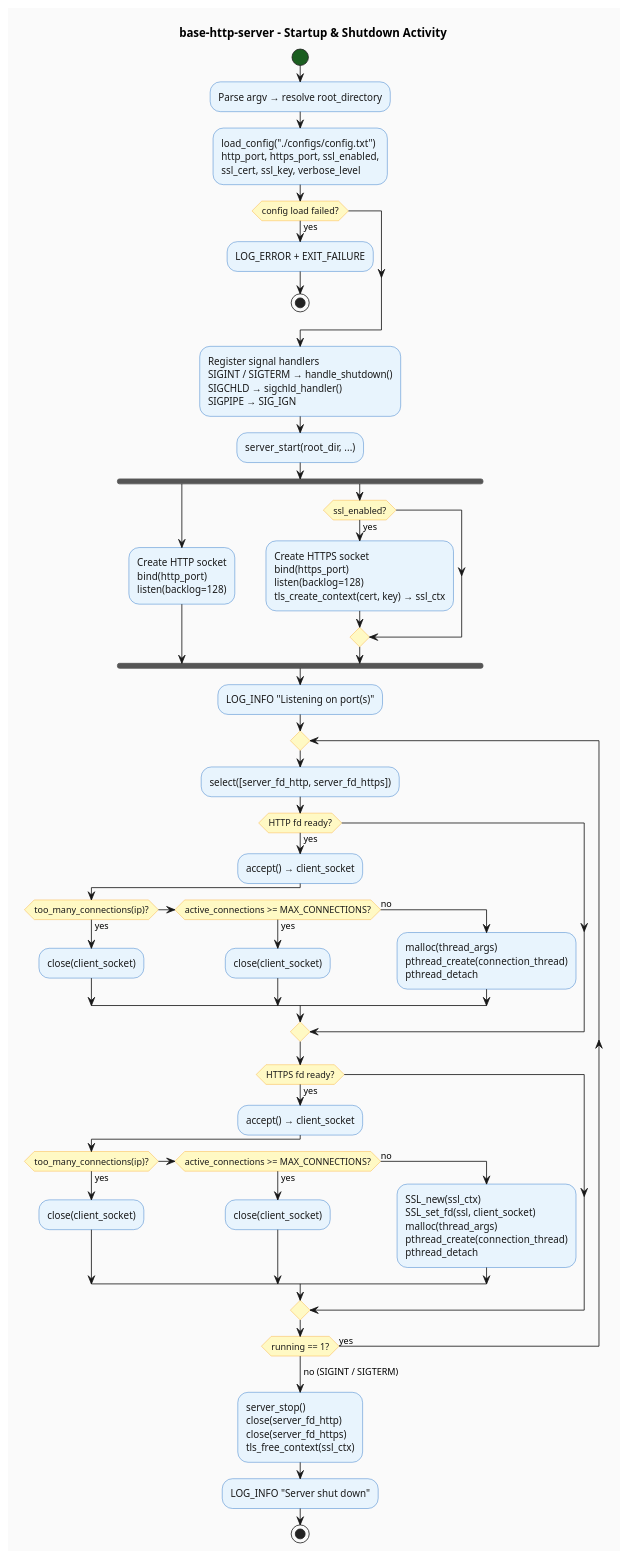
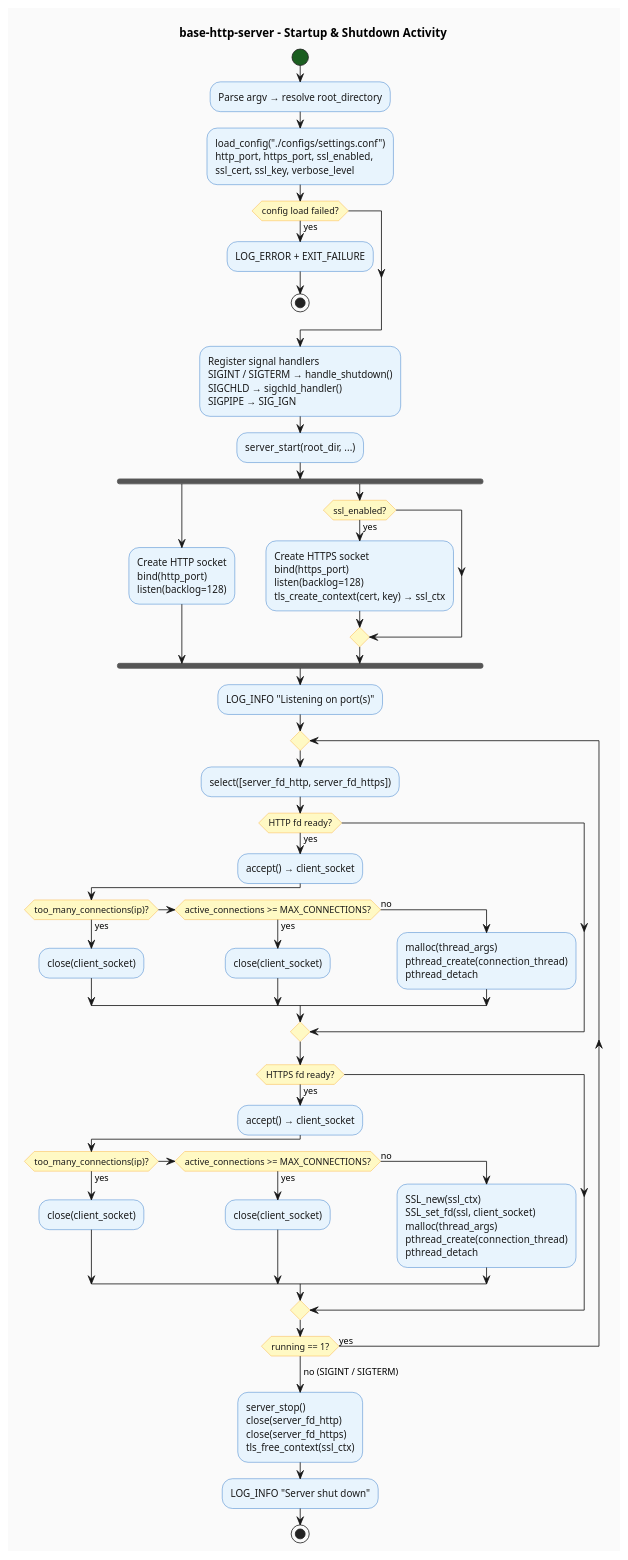
One commit to jpablotoledom/boat-rudder changed the diagram in develop_docs/diagrams/startup-flow.puml. Above: the diagram before and after it, drawn with PlantUML. The commit also changed 6 other files, not shown here.

```diff
--- a/develop_docs/diagrams/startup-flow.puml
+++ b/develop_docs/diagrams/startup-flow.puml
@@ -1,76 +1,76 @@
 @startuml startup-flow
 
 title base-http-server - Startup & Shutdown Activity
 
 skinparam backgroundColor #FAFAFA
 skinparam activity {
     BackgroundColor #E8F4FD
     BorderColor #1565C0
     DiamondBackgroundColor #FFF9C4
     DiamondBorderColor #F9A825
     StartColor #1B5E20
     EndColor #B71C1C
     FontColor #1A1A1A
 }
 
 start
 
 :Parse argv → resolve root_directory;
 
-:load_config("./configs/config.txt")\nhttp_port, https_port, ssl_enabled,\nssl_cert, ssl_key, verbose_level;
+:load_config("./configs/settings.conf")\nhttp_port, https_port, ssl_enabled,\nssl_cert, ssl_key, verbose_level;
 
 if (config load failed?) then (yes)
     :LOG_ERROR + EXIT_FAILURE;
     stop
 endif
 
 :Register signal handlers\nSIGINT / SIGTERM → handle_shutdown()\nSIGCHLD → sigchld_handler()\nSIGPIPE → SIG_IGN;
 
 :server_start(root_dir, ...);
 
 fork
     :Create HTTP socket\nbind(http_port)\nlisten(backlog=128);
 fork again
     if (ssl_enabled?) then (yes)
         :Create HTTPS socket\nbind(https_port)\nlisten(backlog=128)\ntls_create_context(cert, key) → ssl_ctx;
     endif
 end fork
 
 :LOG_INFO "Listening on port(s)";
 
 repeat
 
     :select([server_fd_http, server_fd_https]);
 
     if (HTTP fd ready?) then (yes)
         :accept() → client_socket;
         if (too_many_connections(ip)?) then (yes)
             :close(client_socket);
         elseif (active_connections >= MAX_CONNECTIONS?) then (yes)
             :close(client_socket);
         else (no)
             :malloc(thread_args)\npthread_create(connection_thread)\npthread_detach;
         endif
     endif
 
     if (HTTPS fd ready?) then (yes)
         :accept() → client_socket;
         if (too_many_connections(ip)?) then (yes)
             :close(client_socket);
         elseif (active_connections >= MAX_CONNECTIONS?) then (yes)
             :close(client_socket);
         else (no)
             :SSL_new(ssl_ctx)\nSSL_set_fd(ssl, client_socket)\nmalloc(thread_args)\npthread_create(connection_thread)\npthread_detach;
         endif
     endif
 
 repeat while (running == 1?) is (yes)
 ->no (SIGINT / SIGTERM);
 
 :server_stop()\nclose(server_fd_http)\nclose(server_fd_https)\ntls_free_context(ssl_ctx);
 
 :LOG_INFO "Server shut down";
 
 stop
 
 @enduml
```
